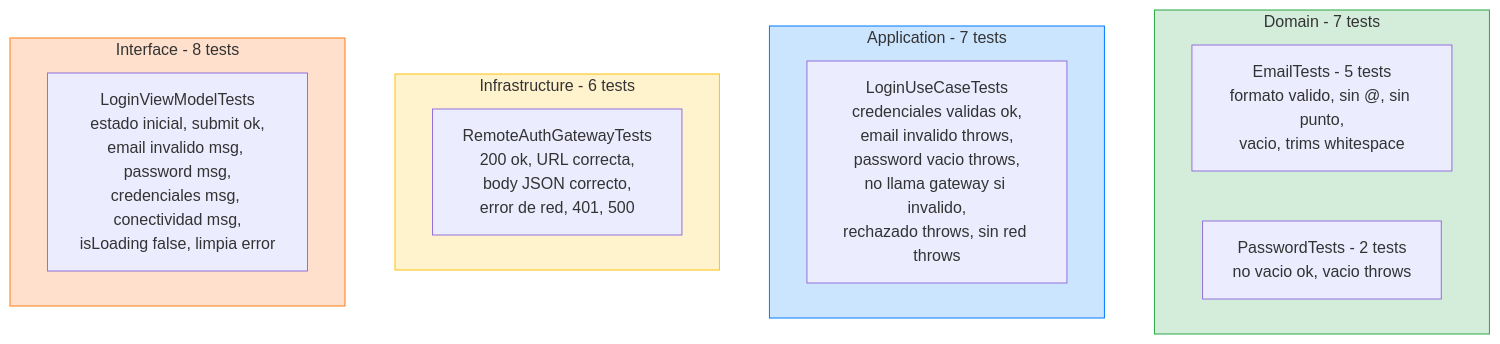
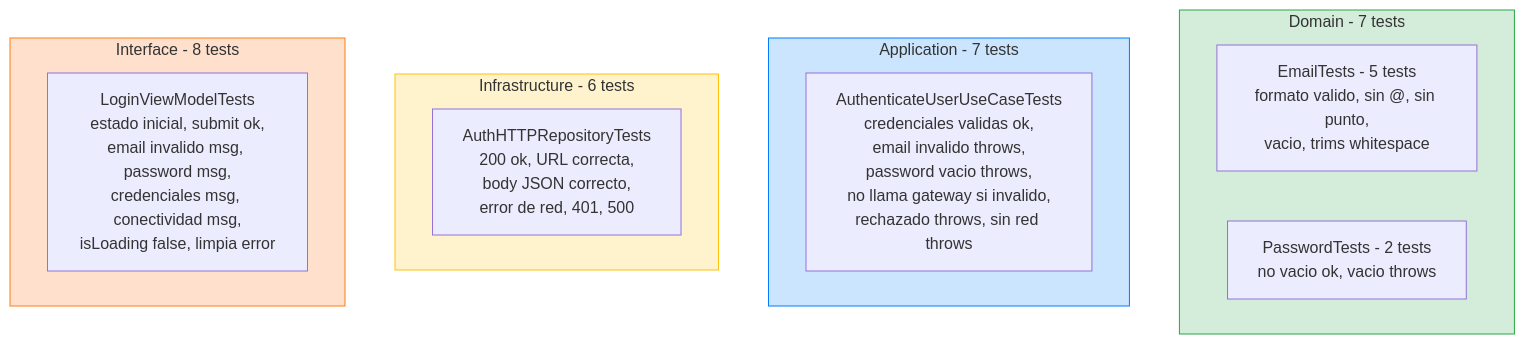
One commit to SwiftEnProfundidad/stack-my-architecture-ios changed the first of 2 diagrams in 01-fundamentos/05-feature-login/05-tdd-ciclo-completo.md. Above: the diagram before and after it, drawn with Mermaid. The commit also changed other lines of this file and 50 other files, not shown here.

````diff
--- a/01-fundamentos/05-feature-login/05-tdd-ciclo-completo.md
+++ b/01-fundamentos/05-feature-login/05-tdd-ciclo-completo.md
@@ -17,24 +17,24 @@
 ```mermaid
 graph TD
     subgraph Domain["Domain - 7 tests"]
         D1["EmailTests - 5 tests<br/>formato valido, sin @, sin punto,<br/>vacio, trims whitespace"]
         D2["PasswordTests - 2 tests<br/>no vacio ok, vacio throws"]
     end
 
     subgraph Application["Application - 7 tests"]
-        A1["LoginUseCaseTests<br/>credenciales validas ok,<br/>email invalido throws,<br/>password vacio throws,<br/>no llama gateway si invalido,<br/>rechazado throws, sin red throws"]
+        A1["AuthenticateUserUseCaseTests<br/>credenciales validas ok,<br/>email invalido throws,<br/>password vacio throws,<br/>no llama gateway si invalido,<br/>rechazado throws, sin red throws"]
     end
 
     subgraph Infrastructure["Infrastructure - 6 tests"]
-        I1["RemoteAuthGatewayTests<br/>200 ok, URL correcta,<br/>body JSON correcto,<br/>error de red, 401, 500"]
+        I1["AuthHTTPRepositoryTests<br/>200 ok, URL correcta,<br/>body JSON correcto,<br/>error de red, 401, 500"]
     end
 
     subgraph Interface["Interface - 8 tests"]
         UI1["LoginViewModelTests<br/>estado inicial, submit ok,<br/>email invalido msg, password msg,<br/>credenciales msg, conectividad msg,<br/>isLoading false, limpia error"]
     end
 
     style Domain fill:#d4edda,stroke:#28a745
     style Application fill:#cce5ff,stroke:#007bff
     style Infrastructure fill:#fff3cd,stroke:#ffc107
     style Interface fill:#ffe0cc,stroke:#fd7e14
 ```
````
